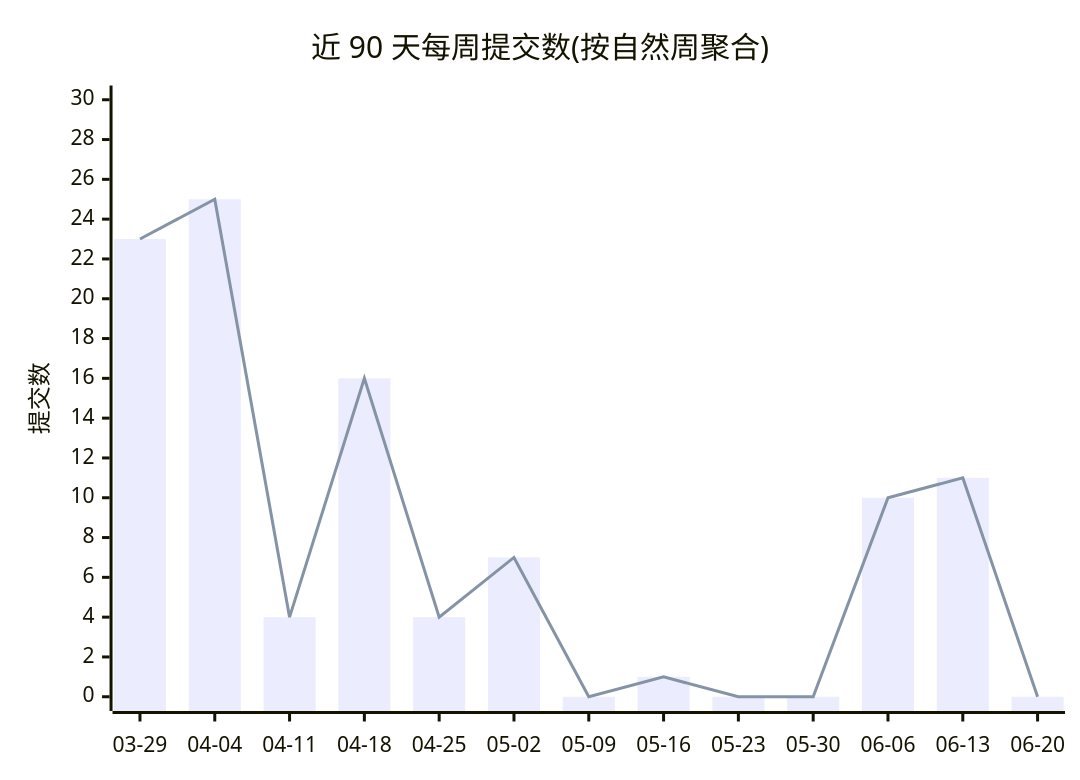
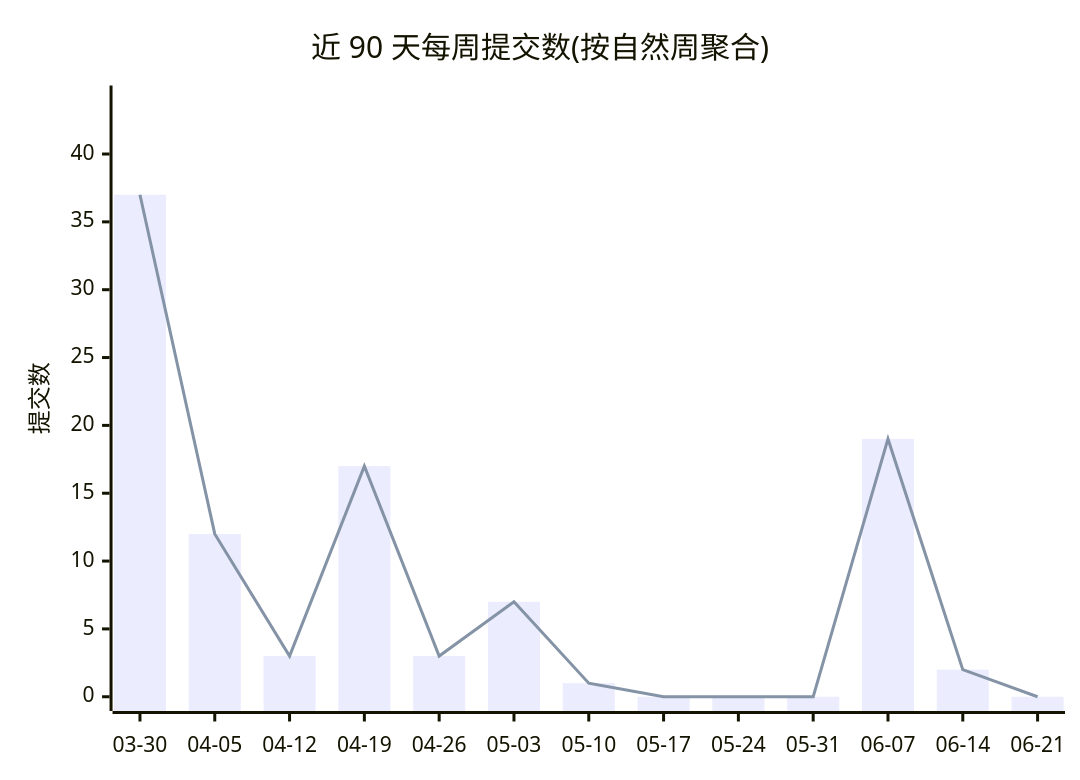
The first of 2 diagrams in profile/README.md (Conflux-Union/.github), drawn with Mermaid before and after one commit. The commit also changed other lines of this file and 1 other file, not shown here.

Commit message:
chore(stats): refresh org commit stats

````diff
--- a/profile/README.md
+++ b/profile/README.md
@@ -44,8 +44,8 @@
 ```mermaid
 xychart-beta
     title "近 90 天每周提交数(按自然周聚合)"
-    x-axis ["03-29", "04-04", "04-11", "04-18", "04-25", "05-02", "05-09", "05-16", "05-23", "05-30", "06-06", "06-13", "06-20"]
-    y-axis "提交数" 0 --> 30
-    bar [23, 25, 4, 16, 4, 7, 0, 1, 0, 0, 10, 11, 0]
-    line [23, 25, 4, 16, 4, 7, 0, 1, 0, 0, 10, 11, 0]
+    x-axis ["03-30", "04-05", "04-12", "04-19", "04-26", "05-03", "05-10", "05-17", "05-24", "05-31", "06-07", "06-14", "06-21"]
+    y-axis "提交数" 0 --> 44
+    bar [37, 12, 3, 17, 3, 7, 1, 0, 0, 0, 19, 2, 0]
+    line [37, 12, 3, 17, 3, 7, 1, 0, 0, 0, 19, 2, 0]
 ```
````
